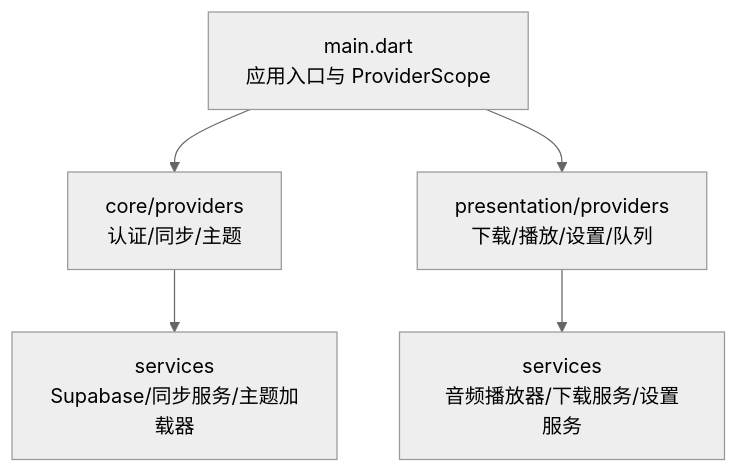
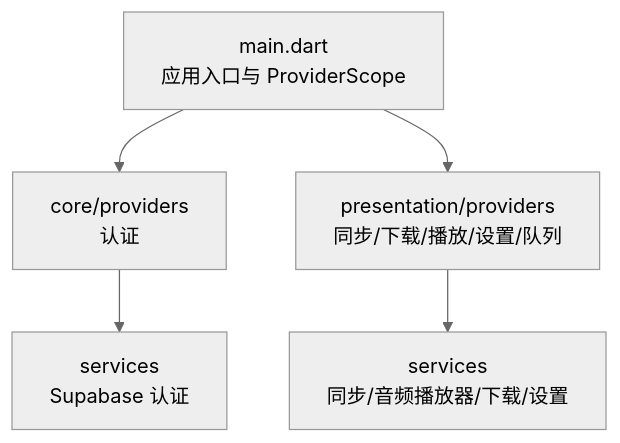
Before and after one commit to ZTfer/Tinycast: the first of 9 diagrams in .qoder/repowiki/zh/content/状态管理.md, drawn with Mermaid (neutral theme). The commit also changed other lines of this file and 117 other files, not shown here.

````diff
--- a/.qoder/repowiki/zh/content/状态管理.md
+++ b/.qoder/repowiki/zh/content/状态管理.md
@@ -37,7 +37,7 @@
 ```mermaid
 graph TB
-A["main.dart<br/>应用入口与 ProviderScope"] --> B["core/providers<br/>认证/同步/主题"]
-A --> C["presentation/providers<br/>下载/播放/设置/队列"]
-B --> D["services<br/>Supabase/同步服务/主题加载器"]
-C --> E["services<br/>音频播放器/下载服务/设置服务"]
+A["main.dart<br/>应用入口与 ProviderScope"] --> B["core/providers<br/>认证"]
+A --> C["presentation/providers<br/>同步/下载/播放/设置/队列"]
+B --> D["services<br/>Supabase 认证"]
+C --> E["services<br/>同步/音频播放器/下载/设置"]
 ```
````
